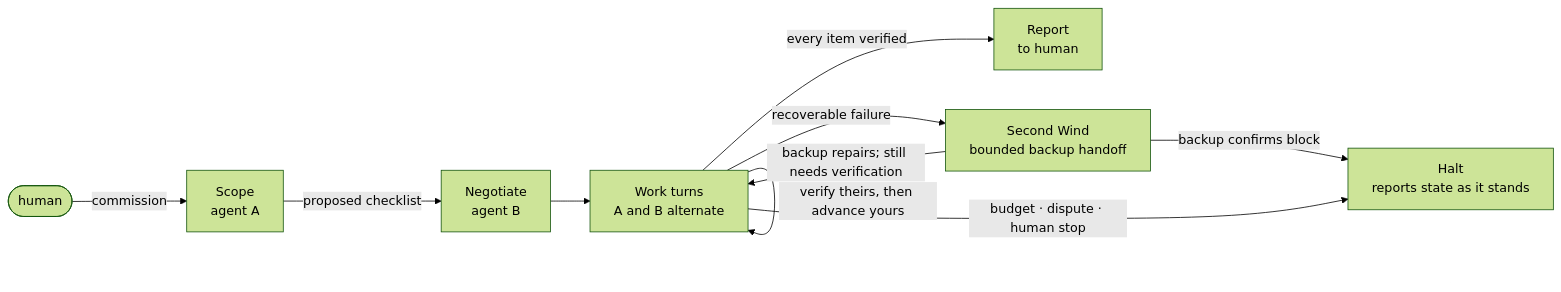
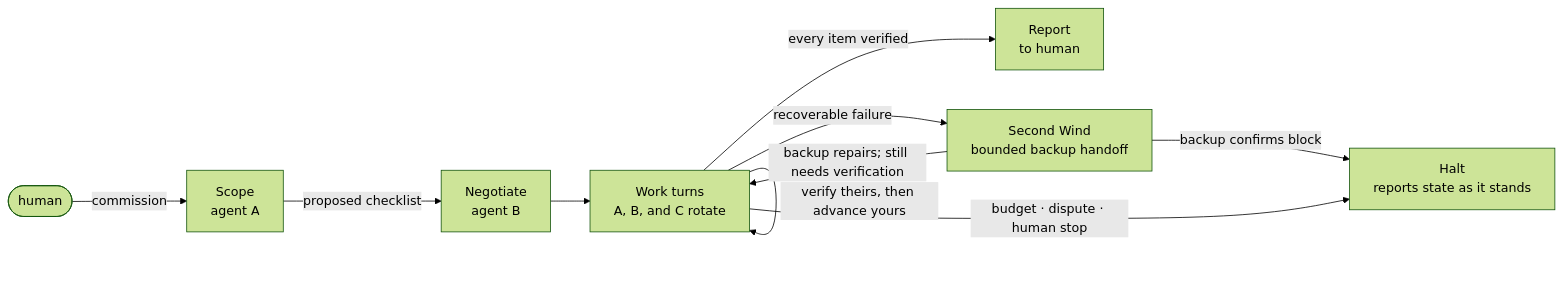
Before and after one commit to Agent9AI/rally: the second of 4 diagrams in docs/DIAGRAMS.md, drawn with Mermaid (forest theme). The commit also changed other lines of this file and 50 other files, not shown here.

````diff
--- a/docs/DIAGRAMS.md
+++ b/docs/DIAGRAMS.md
@@ -29,12 +29,12 @@
 ```mermaid
 flowchart LR
     H([human]) -->|commission| S["Scope<br/>agent A"]
     S -->|proposed checklist| N["Negotiate<br/>agent B"]
-    N --> W["Work turns<br/>A and B alternate"]
+    N --> W["Work turns<br/>A, B, and C rotate"]
     W -->|every item verified| R["Report<br/>to human"]
     W -->|recoverable failure| SW["Second Wind<br/>bounded backup handoff"]
     SW -->|backup repairs; still needs verification| W
     SW -->|backup confirms block| X["Halt<br/>reports state as it stands"]
     W -->|budget · dispute · human stop| X
     W -->|verify theirs, then advance yours| W
 ```
````
